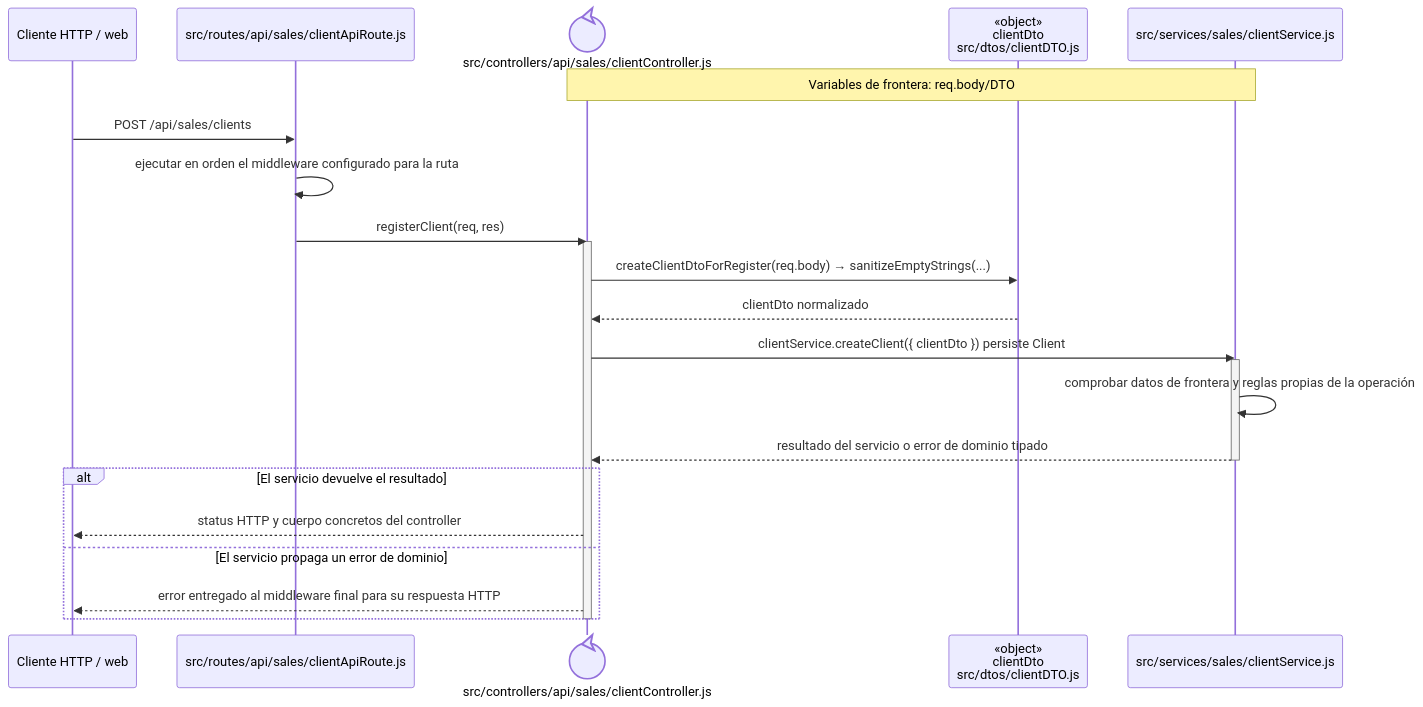
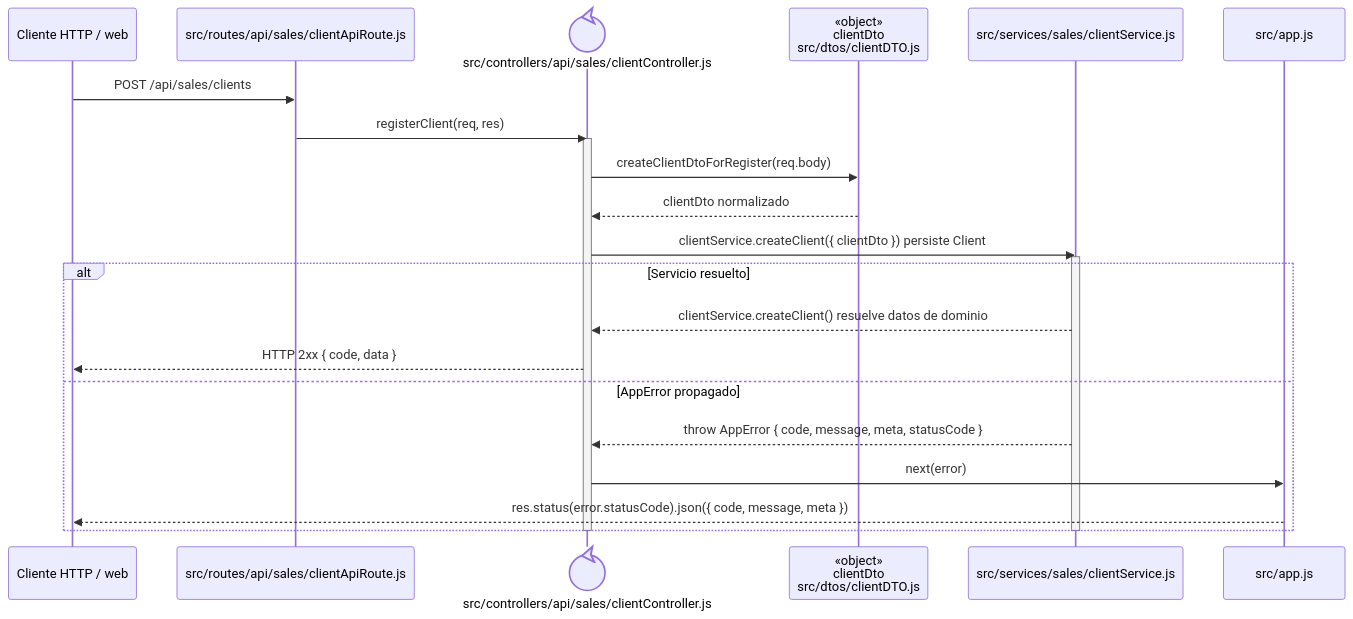
One commit to gpgsistemas01/nexus changed the diagram in docs/architecture/backend-code-sequences/catalogs/cu-cat-06.md. Above: the diagram before and after it, drawn with Mermaid. The commit also changed 148 other files, not shown here.

````diff
--- a/docs/architecture/backend-code-sequences/catalogs/cu-cat-06.md
+++ b/docs/architecture/backend-code-sequences/catalogs/cu-cat-06.md
@@ -6,27 +6,27 @@
 ```mermaid
 sequenceDiagram
     participant Client as Cliente HTTP / web
     participant Route as src/routes/api/sales/clientApiRoute.js
     participant Controller@{ "type": "control" } as src/controllers/api/sales/clientController.js
     participant ClientDto as «object»<br/>clientDto<br/>src/dtos/clientDTO.js
     participant Domain as src/services/sales/clientService.js
-    Note over Controller,Domain: Variables de frontera: req.body/DTO
+    participant ErrorHandler as src/app.js
 
     Client->>Route: POST /api/sales/clients
-    Route->>Route: ejecutar en orden el middleware configurado para la ruta
     Route->>Controller: registerClient(req, res)
     activate Controller
-    Controller->>ClientDto: createClientDtoForRegister(req.body) → sanitizeEmptyStrings(...)
+    Controller->>ClientDto: createClientDtoForRegister(req.body)
     ClientDto-->>Controller: clientDto normalizado
     Controller->>Domain: clientService.createClient({ clientDto }) persiste Client
     activate Domain
-    Domain->>Domain: comprobar datos de frontera y reglas propias de la operación
-    Domain-->>Controller: resultado del servicio o error de dominio tipado
+    alt Servicio resuelto
+        Domain-->>Controller: clientService.createClient() resuelve datos de dominio
+        Controller-->>Client: HTTP 2xx { code, data }
+    else AppError propagado
+        Domain-->>Controller: throw AppError { code, message, meta, statusCode }
+        Controller->>ErrorHandler: next(error)
+        ErrorHandler-->>Client: res.status(error.statusCode).json({ code, message, meta })
+    end
     deactivate Domain
-    alt El servicio devuelve el resultado
-        Controller-->>Client: status HTTP y cuerpo concretos del controller
-    else El servicio propaga un error de dominio
-        Controller-->>Client: error entregado al middleware final para su respuesta HTTP
-    end
     deactivate Controller
 ```
````
